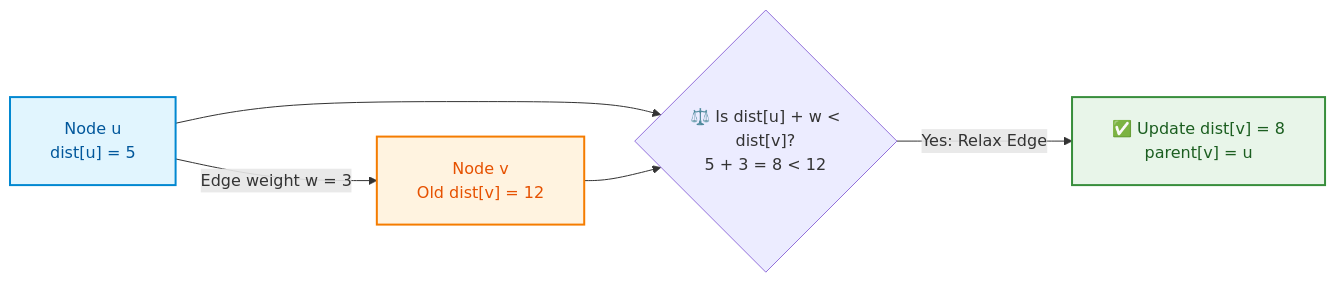
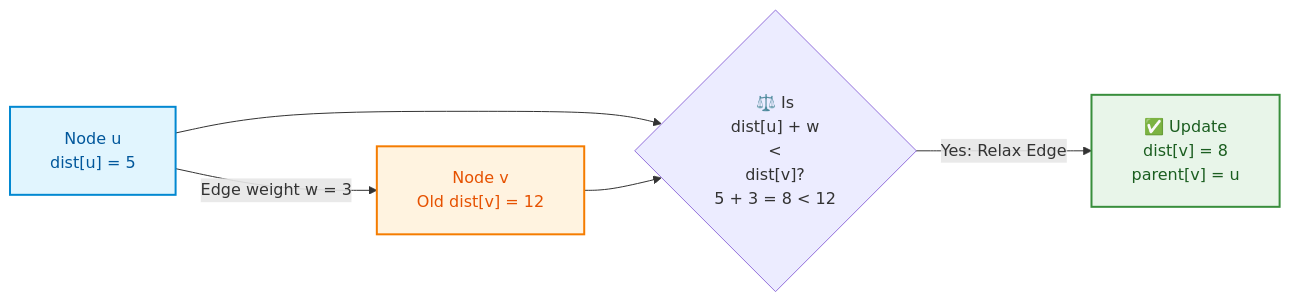
The second of 15 diagrams in week_09_graph_algorithms_i/Week_09_Visual_Concepts_Playbook_HYBRID.md (dip4k/DSA_102), drawn with Mermaid before and after one commit. The commit also changed other lines of this file and 106 other files, not shown here.

First line of the commit message:
fix(mermaid): prevent text clipping with foreignObject overflow and tighter line wrapping

````diff
--- a/week_09_graph_algorithms_i/Week_09_Visual_Concepts_Playbook_HYBRID.md
+++ b/week_09_graph_algorithms_i/Week_09_Visual_Concepts_Playbook_HYBRID.md
@@ -127,15 +127,15 @@
 ```mermaid
-%%{init: {"flowchart": {"htmlLabels": true, "padding": 20}}}%%
+%%{init: {"flowchart": {"htmlLabels": true, "padding": 20}, "themeCSS": "foreignObject { overflow: visible !important; }"}}%%
 flowchart LR
     classDef known fill:#e1f5fe,stroke:#0288d1,color:#01579b,stroke-width:2px;
     classDef target fill:#fff3e0,stroke:#f57c00,color:#e65100,stroke-width:2px;
     classDef action fill:#e8f5e9,stroke:#388e3c,color:#1b5e20,stroke-width:2px;
 
     U["Node u<br/>dist[u] = 5"]:::known
     V["Node v<br/>Old dist[v] = 12"]:::target
     U -->|"Edge weight w = 3"| V
-    Rel{"⚖️ Is dist[u] + w &lt;<br/>dist[v]?<br/>5 + 3 = 8 &lt; 12"}
+    Rel{"⚖️ Is<br/>dist[u] + w<br/>&lt;<br/>dist[v]?<br/>5 + 3 = 8 &lt; 12"}
     U --> Rel
     V --> Rel
-    Rel -->|Yes: Relax Edge| NewV["✅ Update dist[v] = 8<br/>parent[v] = u"]:::action
+    Rel -->|Yes: Relax Edge| NewV["✅ Update<br/>dist[v] = 8<br/>parent[v] = u"]:::action
 ```
````
